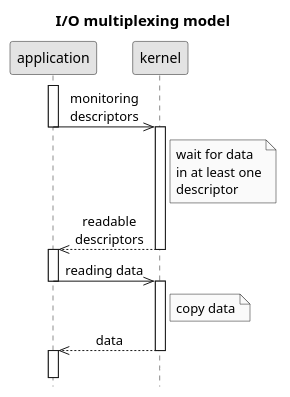
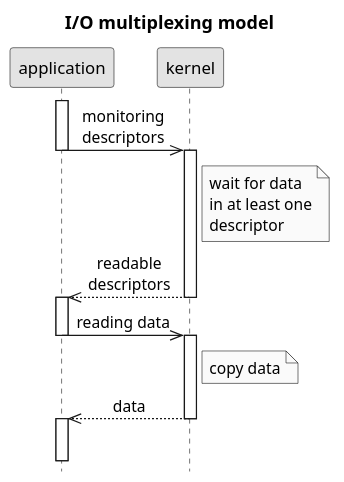
Before and after one commit to c0p4c4b4n4/demo-sockets-io-nio-nio2: the diagram in .images/IO multiplexing model.puml, drawn with PlantUML. The commit also changed 9 other files, not shown here.

```diff
--- a/.images/IO multiplexing model.puml
+++ b/.images/IO multiplexing model.puml
@@ -1,25 +1,26 @@
 @startuml
+scale 1.2
 title I/O multiplexing model
 hide footbox
 skinparam monochrome true
 skinparam defaultFontName Microsoft Sans Serif
 skinparam titleFontSize 15
 skinparam sequenceMessageAlign center
 activate application
 application->>kernel: monitoring\ndescriptors
 deactivate application
 activate kernel
 Note right of kernel: wait for data\nin at least one\ndescriptor
 kernel-->>application: readable\ndescriptors
 deactivate kernel
 activate application
 application->>kernel: reading data
 deactivate application
 activate kernel
 Note right of kernel: copy data
 kernel-->>application: data
 deactivate kernel
 activate application
-||4||
+||12||
 kernel -[#white]->]
 @enduml
```
